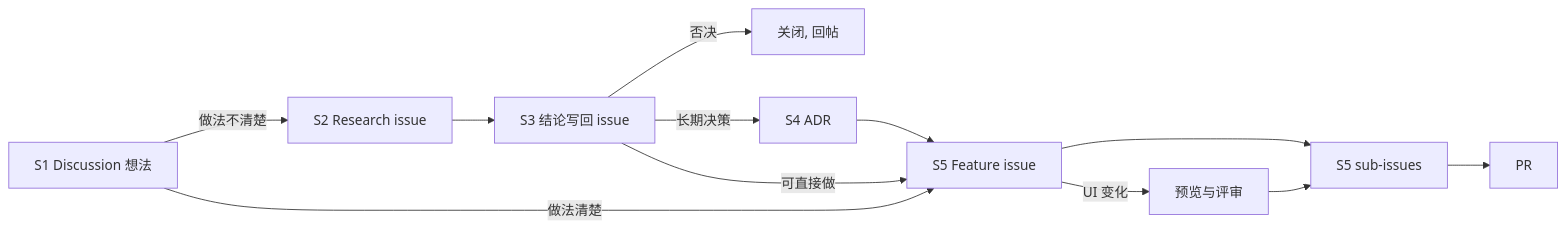
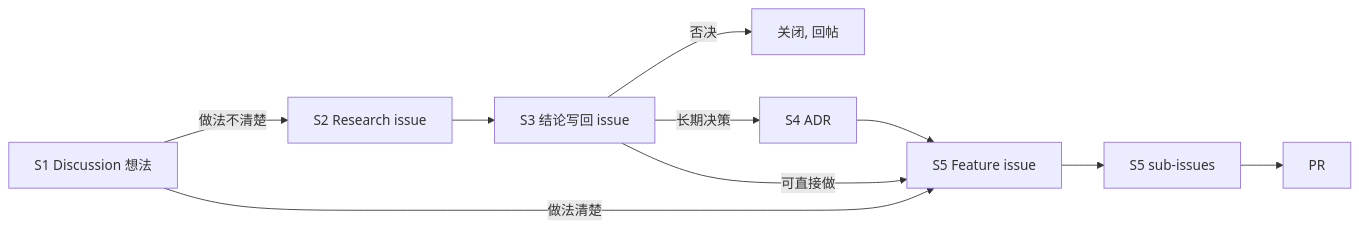
Before and after one commit to wyz541/kmp-Covio: the diagram in docs/process/workflow.md, drawn with Mermaid. The commit also changed other lines of this file and 29 other files, not shown here.

````diff
--- a/docs/process/workflow.md
+++ b/docs/process/workflow.md
@@ -56,14 +56,12 @@
 ```mermaid
 flowchart LR
   A["S1 Discussion 想法"] -->|做法不清楚| B["S2 Research issue"]
   A -->|做法清楚| F["S5 Feature issue"]
   B --> C["S3 结论写回 issue"]
   C -->|否决| D["关闭, 回帖"]
   C -->|长期决策| E["S4 ADR"]
   C -->|可直接做| F
   E --> F
   F --> G["S5 sub-issues"]
-  F -->|UI 变化| P["预览与评审"]
-  P --> G
   G --> H["PR"]
 ```
````
